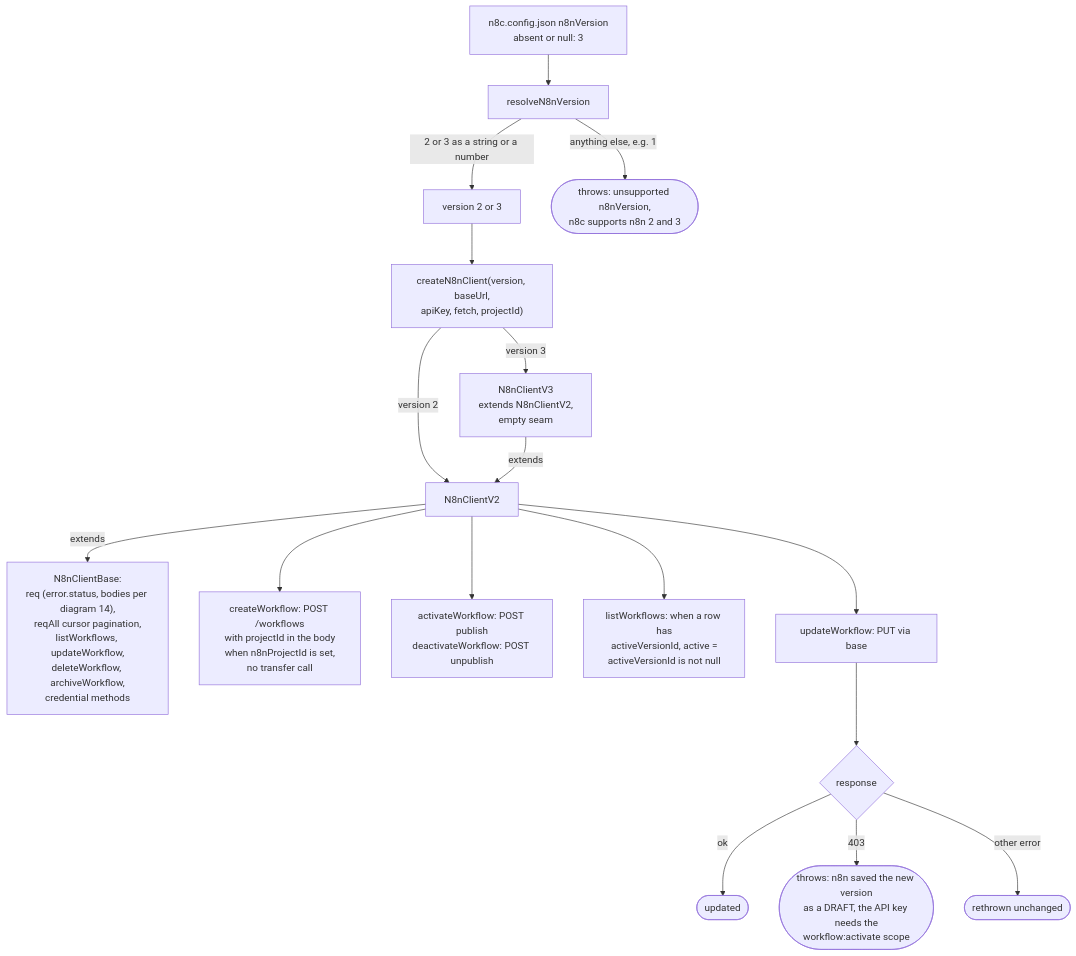
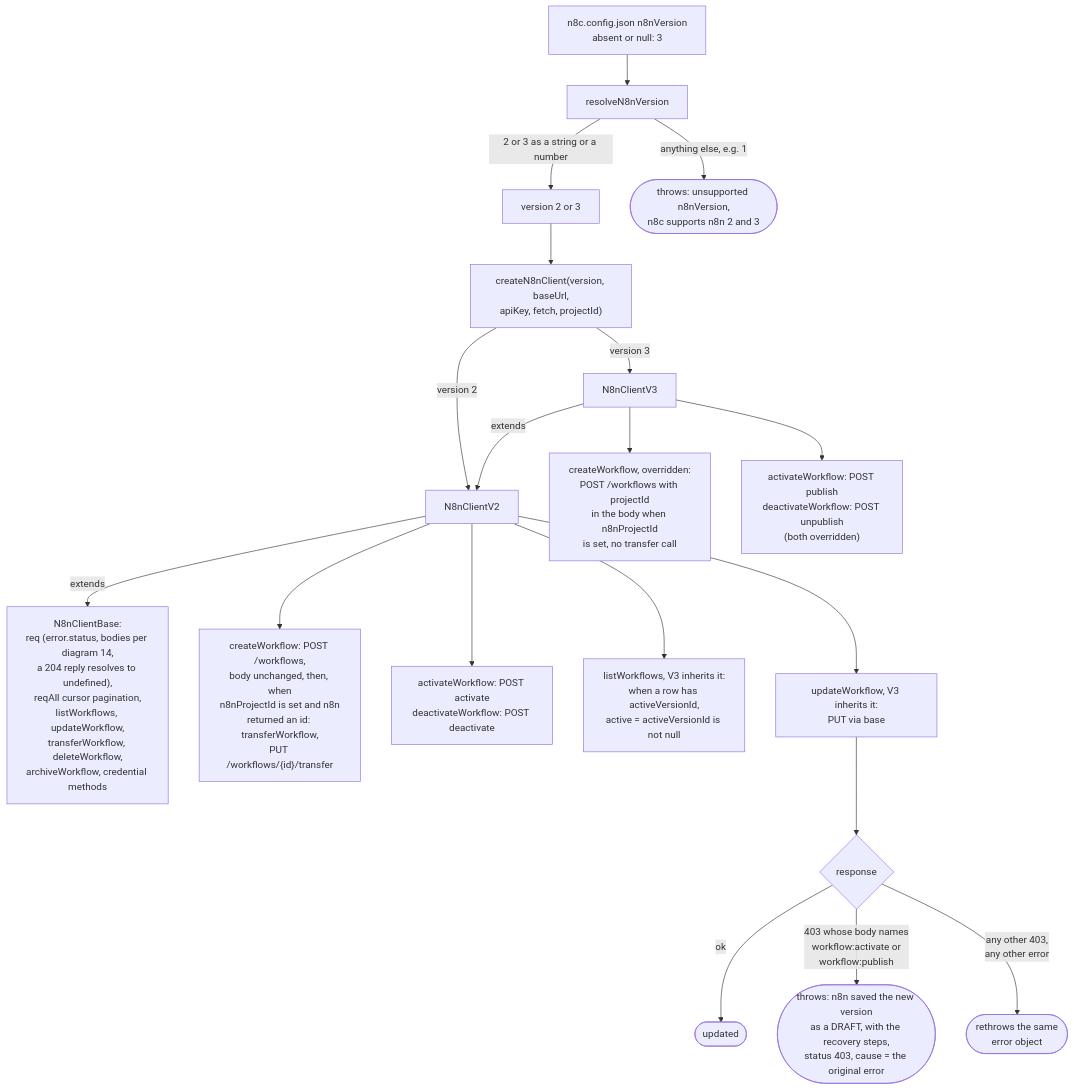
Diagram 15 of 15 in docs/ARCHITECTURE.md (nullseal/n8c), drawn with Mermaid before and after one commit. The commit also changed other lines of this file and 2 other files, not shown here.

First line of the commit message:
docs: per-version n8n endpoints, the upgrade note, and accuracy fixes

````diff
--- a/docs/ARCHITECTURE.md
+++ b/docs/ARCHITECTURE.md
@@ -786,19 +786,21 @@
 ```mermaid
 flowchart TD
     CFGV["n8c.config.json n8nVersion<br/>absent or null: 3"] --> RES["resolveN8nVersion"]
     RES -->|"2 or 3 as a string or a number"| OKV["version 2 or 3"]
     RES -->|"anything else, e.g. 1"| ERR(["throws: unsupported n8nVersion,<br/>n8c supports n8n 2 and 3"])
     OKV --> CRE["createN8nClient(version, baseUrl,<br/>apiKey, fetch, projectId)"]
     CRE -->|"version 2"| V2["N8nClientV2"]
-    CRE -->|"version 3"| V3["N8nClientV3<br/>extends N8nClientV2,<br/>empty seam"]
+    CRE -->|"version 3"| V3["N8nClientV3"]
     V3 -->|"extends"| V2
-    V2 -->|"extends"| BASE["N8nClientBase:<br/>req (error.status, bodies per diagram 14),<br/>reqAll cursor pagination,<br/>listWorkflows, updateWorkflow,<br/>deleteWorkflow, archiveWorkflow,<br/>credential methods"]
-    V2 --> CW["createWorkflow: POST /workflows<br/>with projectId in the body<br/>when n8nProjectId is set,<br/>no transfer call"]
-    V2 --> AW["activateWorkflow: POST publish<br/>deactivateWorkflow: POST unpublish"]
-    V2 --> LW["listWorkflows: when a row has<br/>activeVersionId, active =<br/>activeVersionId is not null"]
-    V2 --> UW["updateWorkflow: PUT via base"]
+    V2 -->|"extends"| BASE["N8nClientBase:<br/>req (error.status, bodies per diagram 14,<br/>a 204 reply resolves to undefined),<br/>reqAll cursor pagination,<br/>listWorkflows, updateWorkflow,<br/>transferWorkflow, deleteWorkflow,<br/>archiveWorkflow, credential methods"]
+    V2 --> CW2["createWorkflow: POST /workflows,<br/>body unchanged, then, when<br/>n8nProjectId is set and n8n<br/>returned an id: transferWorkflow,<br/>PUT /workflows/{id}/transfer"]
+    V2 --> AW2["activateWorkflow: POST activate<br/>deactivateWorkflow: POST deactivate"]
+    V3 --> CW3["createWorkflow, overridden:<br/>POST /workflows with projectId<br/>in the body when n8nProjectId<br/>is set, no transfer call"]
+    V3 --> AW3["activateWorkflow: POST publish<br/>deactivateWorkflow: POST unpublish<br/>(both overridden)"]
+    V2 --> LW["listWorkflows, V3 inherits it:<br/>when a row has activeVersionId,<br/>active = activeVersionId is not null"]
+    V2 --> UW["updateWorkflow, V3 inherits it:<br/>PUT via base"]
     UW --> R{"response"}
     R -->|"ok"| DONE(["updated"])
-    R -->|"403"| DRAFT(["throws: n8n saved the new version<br/>as a DRAFT, the API key needs the<br/>workflow:activate scope"])
-    R -->|"other error"| RETH(["rethrown unchanged"])
+    R -->|"403 whose body names<br/>workflow:activate or<br/>workflow:publish"| DRAFT(["throws: n8n saved the new version<br/>as a DRAFT, with the recovery steps,<br/>status 403, cause = the original error"])
+    R -->|"any other 403,<br/>any other error"| RETH(["rethrows the same<br/>error object"])
 ```
````
